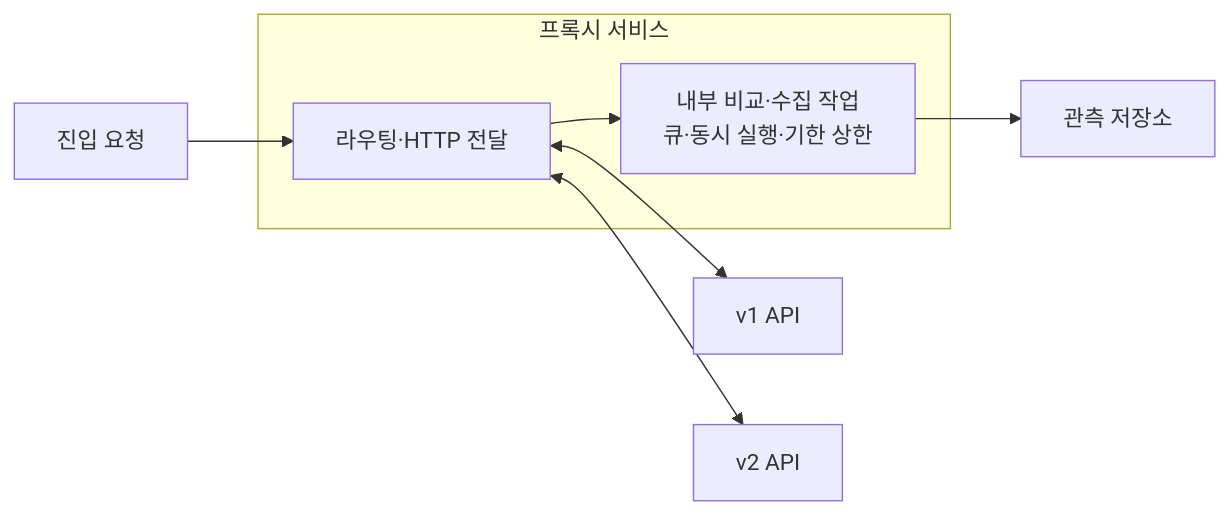
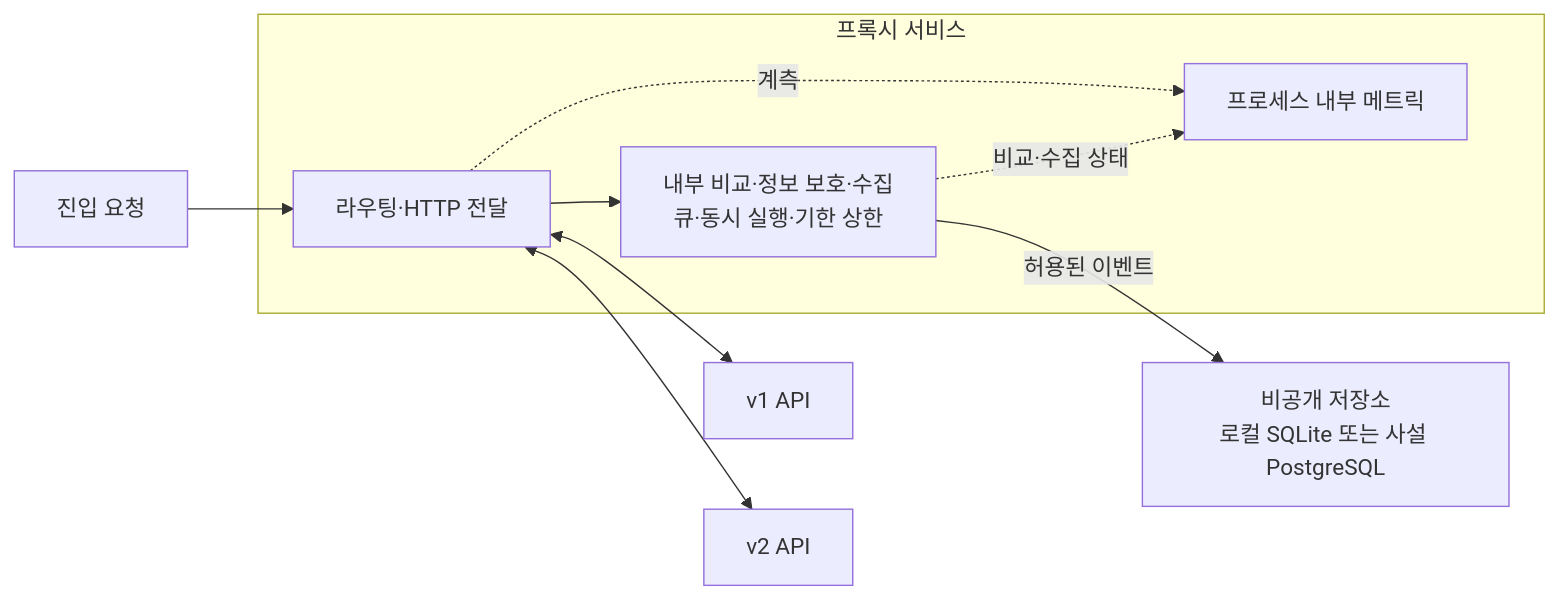
The diagram in docs/infrastructure/README.md (kimchanhyung98/api-migration-proxy), drawn with Mermaid before and after one commit. The commit also changed other lines of this file and 12 other files, not shown here.

````diff
--- a/docs/infrastructure/README.md
+++ b/docs/infrastructure/README.md
@@ -7,10 +13,12 @@
 ```mermaid
 flowchart LR
     A["진입 요청"] --> B
     subgraph P["프록시 서비스"]
-        B["라우팅·HTTP 전달"] --> C["내부 비교·수집 작업<br/>큐·동시 실행·기한 상한"]
+        B["라우팅·HTTP 전달"] --> C["내부 비교·정보 보호·수집<br/>큐·동시 실행·기한 상한"]
+        B -. 계측 .-> M["프로세스 내부 메트릭"]
+        C -. 비교·수집 상태 .-> M
     end
     B <--> D["v1 API"]
     B <--> E["v2 API"]
-    C --> F["관측 저장소"]
+    C -->|허용된 이벤트| F["비공개 저장소<br/>로컬 SQLite 또는 사설 PostgreSQL"]
 ```
````
